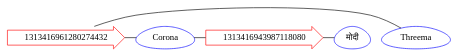
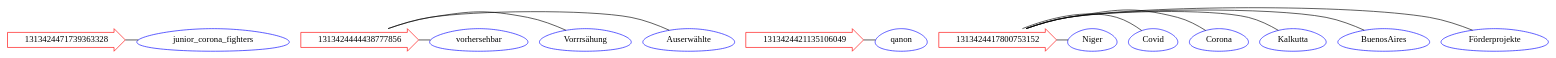
The diagram in tweets_hashtags.gv (aaiit/Data-Extraction), drawn with Graphviz before and after one commit. The commit also changed 10 other files, not shown here.

```diff
--- a/tweets_hashtags.gv
+++ b/tweets_hashtags.gv
@@ -1,18 +1,43 @@
 graph {
 	node [color=red shape=rarrow]
-	1313416961280274432 [label=1313416961280274432]
+	1313424471739363328 [label=1313424471739363328]
+	node [color=blue shape=egg]
+	junior_corona_fighters [label=junior_corona_fighters]
+	1313424471739363328 -- junior_corona_fighters [constraint=false]
+	node [color=red shape=rarrow]
+	1313424444438777856 [label=1313424444438777856]
+	node [color=blue shape=egg]
+	vorhersehbar [label=vorhersehbar]
+	1313424444438777856 -- vorhersehbar [constraint=false]
+	node [color=blue shape=egg]
+	"Vorrrsähung" [label="Vorrrsähung"]
+	1313424444438777856 -- "Vorrrsähung" [constraint=false]
+	node [color=blue shape=egg]
+	"Auserwählte" [label="Auserwählte"]
+	1313424444438777856 -- "Auserwählte" [constraint=false]
+	node [color=red shape=rarrow]
+	1313424421135106049 [label=1313424421135106049]
+	node [color=blue shape=egg]
+	qanon [label=qanon]
+	1313424421135106049 -- qanon [constraint=false]
+	node [color=red shape=rarrow]
+	1313424417800753152 [label=1313424417800753152]
+	node [color=blue shape=egg]
+	Niger [label=Niger]
+	1313424417800753152 -- Niger [constraint=false]
+	node [color=blue shape=egg]
+	Covid [label=Covid]
+	1313424417800753152 -- Covid [constraint=false]
 	node [color=blue shape=egg]
 	Corona [label=Corona]
-	1313416961280274432 -- Corona [constraint=false]
+	1313424417800753152 -- Corona [constraint=false]
 	node [color=blue shape=egg]
-	Threema [label=Threema]
-	1313416961280274432 -- Threema [constraint=false]
-	node [color=red shape=rarrow]
-	1313416943987118080 [label=1313416943987118080]
+	Kalkutta [label=Kalkutta]
+	1313424417800753152 -- Kalkutta [constraint=false]
 	node [color=blue shape=egg]
-	"मोदी" [label="मोदी"]
-	1313416943987118080 -- "मोदी" [constraint=false]
+	BuenosAires [label=BuenosAires]
+	1313424417800753152 -- BuenosAires [constraint=false]
 	node [color=blue shape=egg]
-	Corona [label=Corona]
-	1313416943987118080 -- Corona [constraint=false]
+	"Förderprojekte" [label="Förderprojekte"]
+	1313424417800753152 -- "Förderprojekte" [constraint=false]
 }
```
